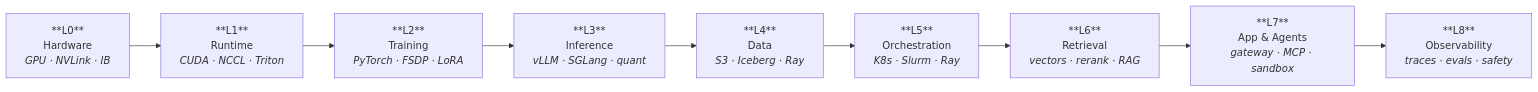
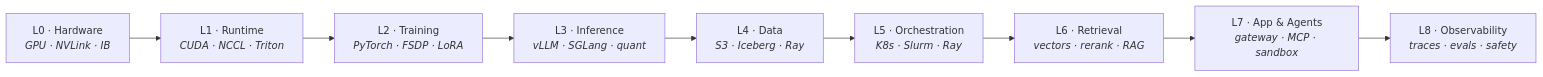
One commit to iambiniyam/ai-infra-roadmap changed the diagram in README.md. Above: the diagram before and after it, drawn with Mermaid.

Commit message:
docs: fix mermaid label formatting

````diff
--- a/README.md
+++ b/README.md
@@ -59,14 +59,14 @@
 ```mermaid
 flowchart LR
-    L0["**L0**<br/>Hardware<br/><i>GPU · NVLink · IB</i>"]
-    L1["**L1**<br/>Runtime<br/><i>CUDA · NCCL · Triton</i>"]
-    L2["**L2**<br/>Training<br/><i>PyTorch · FSDP · LoRA</i>"]
-    L3["**L3**<br/>Inference<br/><i>vLLM · SGLang · quant</i>"]
-    L4["**L4**<br/>Data<br/><i>S3 · Iceberg · Ray</i>"]
-    L5["**L5**<br/>Orchestration<br/><i>K8s · Slurm · Ray</i>"]
-    L6["**L6**<br/>Retrieval<br/><i>vectors · rerank · RAG</i>"]
-    L7["**L7**<br/>App & Agents<br/><i>gateway · MCP · sandbox</i>"]
-    L8["**L8**<br/>Observability<br/><i>traces · evals · safety</i>"]
+    L0["L0 · Hardware<br/><i>GPU · NVLink · IB</i>"]
+    L1["L1 · Runtime<br/><i>CUDA · NCCL · Triton</i>"]
+    L2["L2 · Training<br/><i>PyTorch · FSDP · LoRA</i>"]
+    L3["L3 · Inference<br/><i>vLLM · SGLang · quant</i>"]
+    L4["L4 · Data<br/><i>S3 · Iceberg · Ray</i>"]
+    L5["L5 · Orchestration<br/><i>K8s · Slurm · Ray</i>"]
+    L6["L6 · Retrieval<br/><i>vectors · rerank · RAG</i>"]
+    L7["L7 · App & Agents<br/><i>gateway · MCP · sandbox</i>"]
+    L8["L8 · Observability<br/><i>traces · evals · safety</i>"]
 
     L0 --> L1 --> L2 --> L3 --> L4 --> L5 --> L6 --> L7 --> L8
 ```
````
